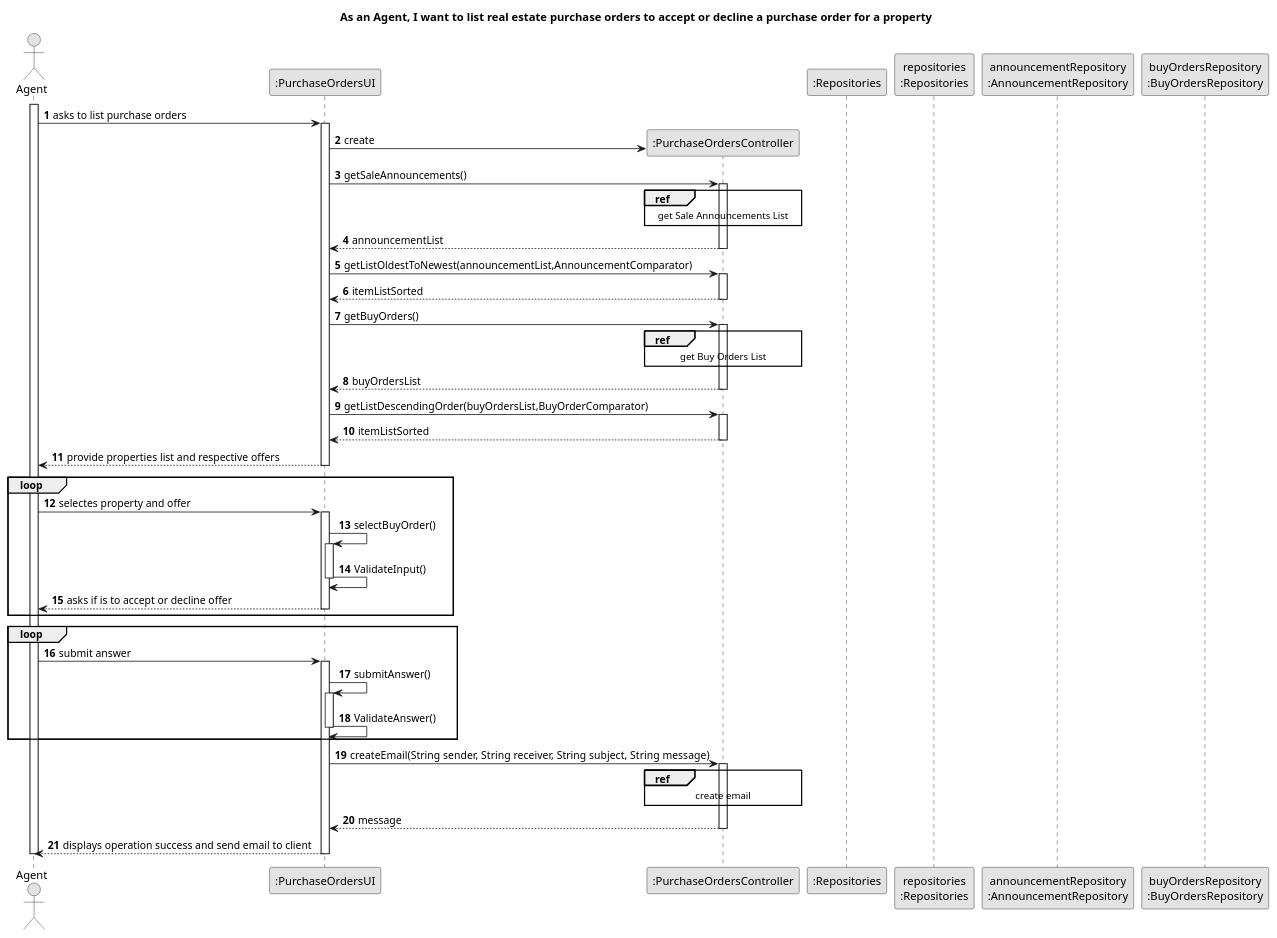
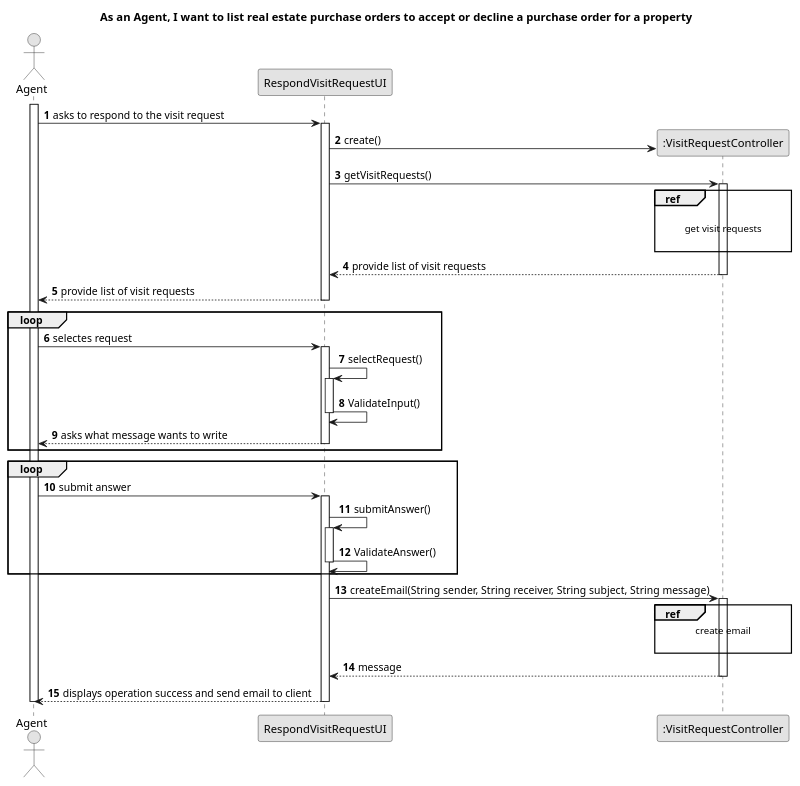
The diagram in docs/sprintD/us016/03.design/puml/us016-sequence-diagram-split.puml (Shushizinho/RealEstateUSASystem), drawn with PlantUML before and after one commit. The commit also changed 15 other files, not shown here.

Commit message:
update US16 UI, SD and Controller (As an agent, when viewing a booking request, I want to respond to the user that scheduled the visit.)

```diff
--- a/docs/sprintD/us016/03.design/puml/us016-sequence-diagram-split.puml
+++ b/docs/sprintD/us016/03.design/puml/us016-sequence-diagram-split.puml
@@ -1,108 +1,90 @@
 @startuml
 skinparam monochrome true
 skinparam packageStyle rectangle
 skinparam shadowing false
 
 title As an Agent, I want to list real estate purchase orders to accept or decline a purchase order for a property
 
 autonumber
 
 actor "Agent" as AGT
-participant ":PurchaseOrdersUI" as UI
-participant ":PurchaseOrdersController" as CTRL
-participant ":Repositories" as RepositorySingleton
-participant "repositories\n:Repositories" as PLAT
-participant "announcementRepository\n:AnnouncementRepository" as LOC
-participant "buyOrdersRepository\n:BuyOrdersRepository" as REP
+participant "RespondVisitRequestUI" as UI
+participant ":VisitRequestController" as CTRL
+'participant ":Repositories" as RepositorySingleton
+'participant "repositories\n:Repositories" as PLAT
+'participant "visitRequestRepository\n:VisitRequestRepository" as REP
+
 
 
 activate AGT
 
-    AGT -> UI : asks to list purchase orders
+    AGT -> UI : asks to respond to the visit request
+    activate UI
 
-        activate UI
+    UI ->CTRL**: create()
+     UI -> CTRL : getVisitRequests()
 
-            UI -> CTRL** : create
+     activate CTRL
 
-            UI->CTRL : getSaleAnnouncements()
+     ref over CTRL
 
-                activate CTRL
-                    ref over CTRL
-                    get Sale Announcements List
-                    end ref
+     get visit requests
 
-                autonumber 4
-                CTRL-->UI : announcementList
-                deactivate CTRL
-
-            UI -> CTRL : getListOldestToNewest(announcementList,AnnouncementComparator)
-                activate CTRL
+     end ref
 
 
 
-            autonumber 6
-            CTRL --> UI : itemListSorted
-            deactivate CTRL
-
-            UI ->CTRL: getBuyOrders()
-
-                activate CTRL
-                    ref over CTRL
-                    get Buy Orders List
-                    end ref
-
-                autonumber 8
-            CTRL-->UI : buyOrdersList
-            deactivate CTRL
-
-            UI -> CTRL : getListDescendingOrder(buyOrdersList,BuyOrderComparator)
-                activate CTRL
+      CTRL --> UI : provide list of visit requests
+     deactivate CTRL
 
 
-            autonumber 10
-            CTRL --> UI : itemListSorted
-            deactivate CTRL
 
-            UI --> AGT : provide properties list and respective offers
-        deactivate UI
+    UI --> AGT : provide list of visit requests
+    deactivate UI
+
 
     group loop
-    AGT -> UI : selectes property and offer
+    AGT -> UI : selectes request
     activate UI
 
-        UI -> UI : selectBuyOrder()
+        UI -> UI : selectRequest()
         activate UI
 
         UI->UI : ValidateInput()
         deactivate UI
 
 
-    UI--> AGT : asks if is to accept or decline offer
+    UI--> AGT : asks what message wants to write
     deactivate UI
     end
 
     group loop
     AGT -> UI : submit answer
     activate UI
 
         UI -> UI : submitAnswer()
         activate UI
 
         UI->UI : ValidateAnswer()
         deactivate UI
-    end
+
+        end
 
         UI -> CTRL : createEmail(String sender, String receiver, String subject, String message)
-            activate CTRL
-                ref over CTRL
-                create email
-                end ref
-            CTRL --> UI : message
+
+        activate CTRL
+
+        ref over CTRL
+        create email
+
+        end ref
+
+
+        CTRL --> UI : message
         deactivate CTRL
     UI --> AGT: displays operation success and send email to client
     deactivate UI
 
-
 deactivate AGT
 
 @enduml
```
